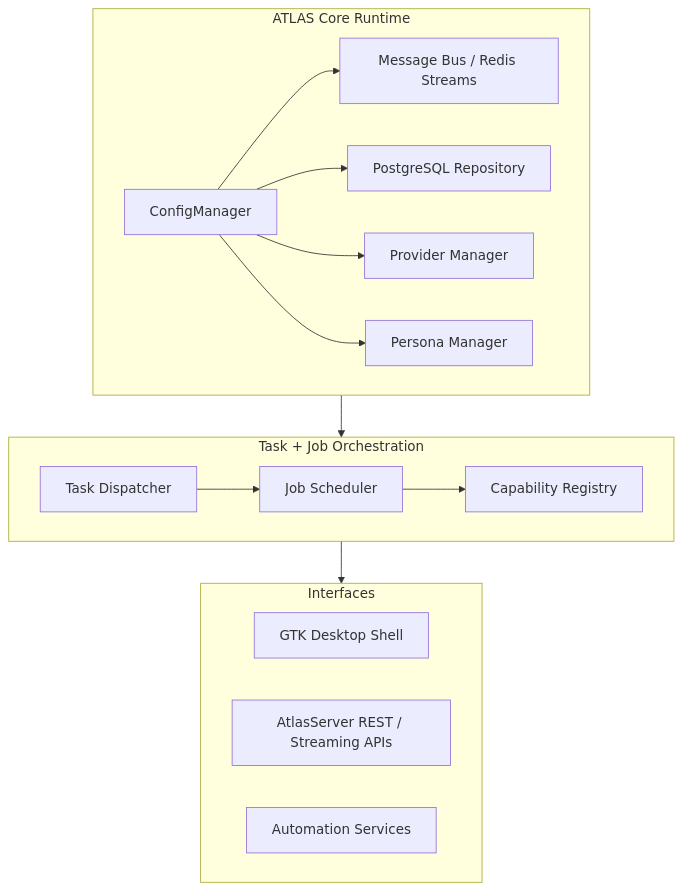
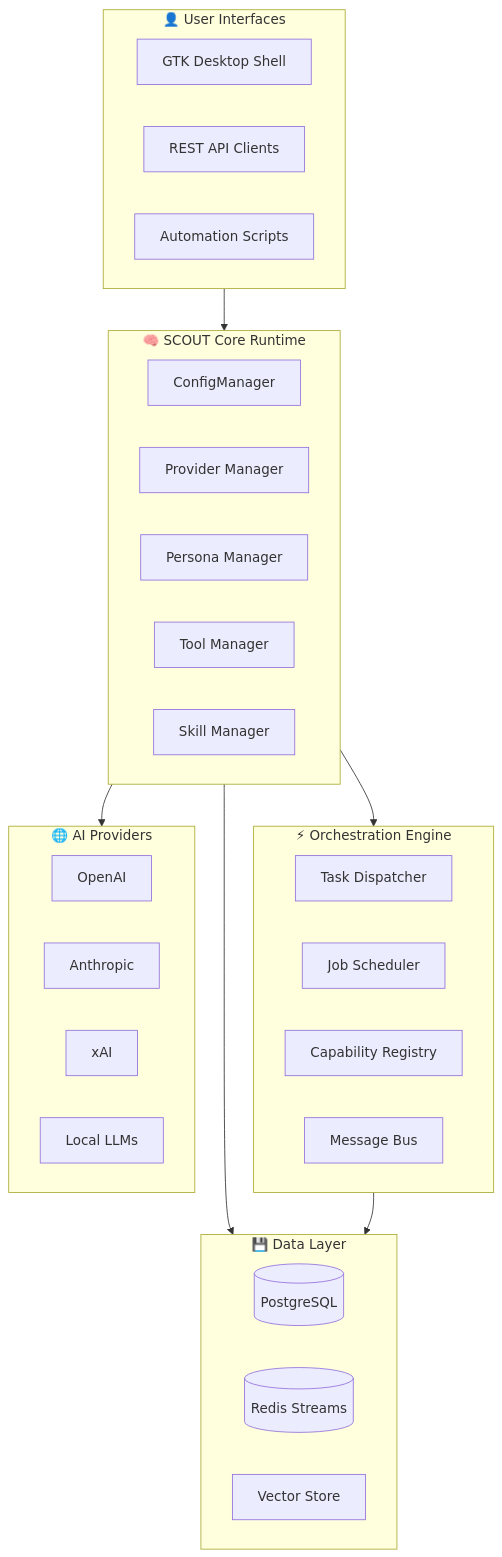
The first of 5 diagrams in README.md (DigitalHallucinations/ATLAS), drawn with Mermaid before and after one commit. The commit also changed other lines of this file and 6 other files, not shown here.

Commit message:
Add initial README for ATLAS framework with detailed architecture, installation, and usage instructions

`````diff
--- a/README.md
+++ b/README.md
@@ -51,19 +97,42 @@
 ```mermaid
 flowchart TD
-    subgraph Core["ATLAS Core Runtime"]
-        A1[ConfigManager] --> A2[Message Bus / Redis Streams]
-        A1 --> A3[PostgreSQL Repository]
-        A1 --> A4[Provider Manager]
-        A1 --> A5[Persona Manager]
+    subgraph User["👤 User Interfaces"]
+        U1[GTK Desktop Shell]
+        U2[REST API Clients]
+        U3[Automation Scripts]
     end
-    subgraph Orchestration["Task + Job Orchestration"]
-        B1[Task Dispatcher] --> B2[Job Scheduler]
-        B2 --> B3[Capability Registry]
+
+    subgraph Core["🧠 SCOUT Core Runtime"]
+        C1[ConfigManager]
+        C2[Provider Manager]
+        C3[Persona Manager]
+        C4[Tool Manager]
+        C5[Skill Manager]
     end
-    subgraph Interfaces["Interfaces"]
-        C1[GTK Desktop Shell]
-        C2[AtlasServer REST / Streaming APIs]
-        C3[Automation Services]
+
+    subgraph Data["💾 Data Layer"]
+        D1[(PostgreSQL)]
+        D2[(Redis Streams)]
+        D3[Vector Store]
     end
-    Core --> Orchestration --> Interfaces
-````
+
+    subgraph Orchestration["⚡ Orchestration Engine"]
+        O1[Task Dispatcher]
+        O2[Job Scheduler]
+        O3[Capability Registry]
+        O4[Message Bus]
+    end
+
+    subgraph Providers["🌐 AI Providers"]
+        P1[OpenAI]
+        P2[Anthropic]
+        P3[xAI]
+        P4[Local LLMs]
+    end
+
+    User --> Core
+    Core --> Data
+    Core --> Orchestration
+    Core --> Providers
+    Orchestration --> Data
+```
`````
